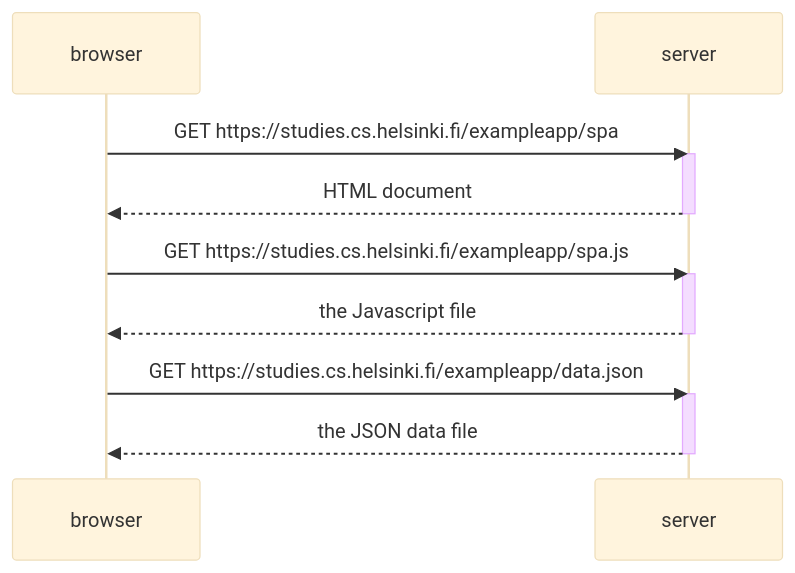
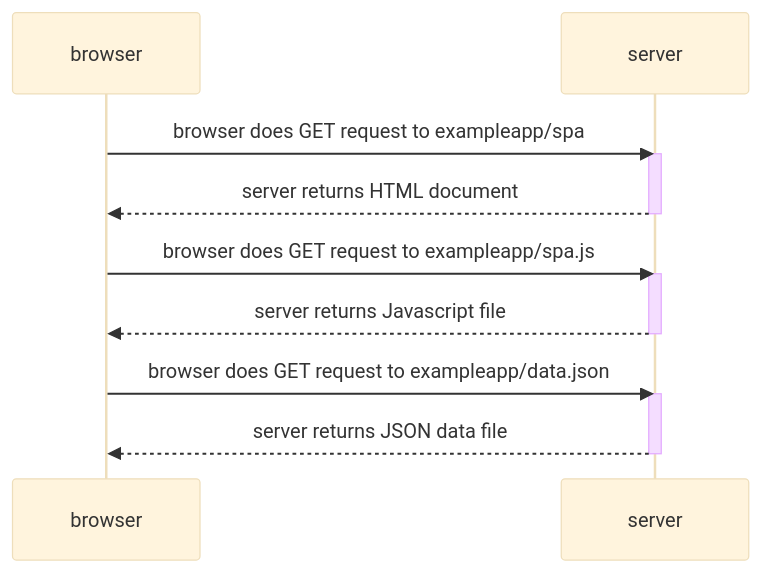
Before and after one commit to pedrobarbeitos/fullstackopen: the diagram in part0/0_5.mmd, drawn with Mermaid (base theme).

```diff
--- a/part0/0_5.mmd
+++ b/part0/0_5.mmd
@@ -1,18 +1,18 @@
 sequenceDiagram
     participant browser
     participant server
 
-    browser->>server: GET https://studies.cs.helsinki.fi/exampleapp/spa
+    browser->>server: browser does GET request to exampleapp/spa
     activate server
-    server-->>browser: HTML document
+    server-->>browser: server returns HTML document
     deactivate server
 
-    browser->>server: GET https://studies.cs.helsinki.fi/exampleapp/spa.js
+    browser->>server: browser does GET request to exampleapp/spa.js
     activate server
-    server-->>browser: the Javascript file
+    server-->>browser: server returns Javascript file
     deactivate server
 
-    browser->>server: GET https://studies.cs.helsinki.fi/exampleapp/data.json
+    browser->>server: browser does GET request to exampleapp/data.json
     activate server
-    server-->>browser: the JSON data file
+    server-->>browser: server returns JSON data file
     deactivate server
```
